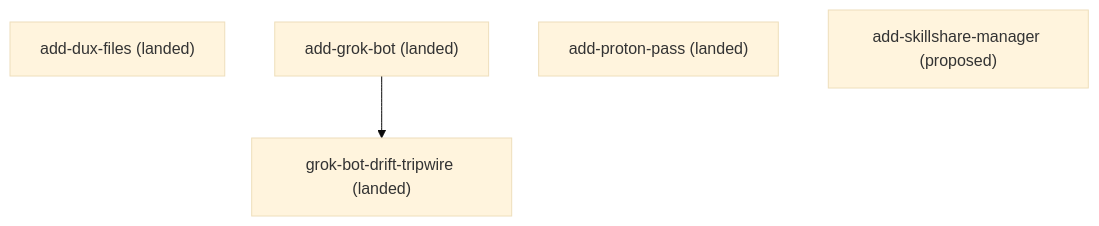
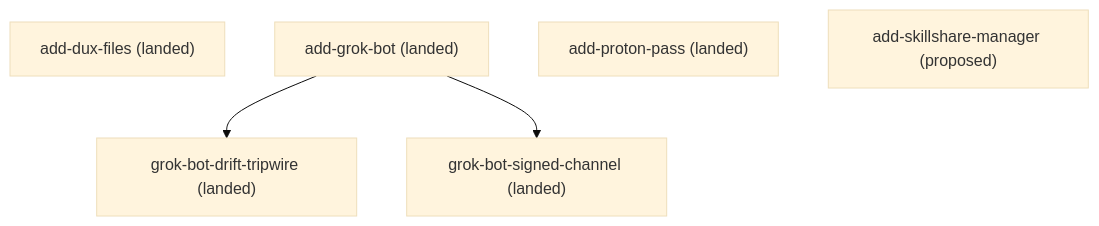
Before and after one commit to kli66/something-terrible: the diagram in docs/roadmap.md, drawn with Mermaid (base theme). The commit also changed other lines of this file and 5 other files, not shown here.

First line of the commit message:
feat: install grok-bot from the signed vendor repo

````diff
--- a/docs/roadmap.md
+++ b/docs/roadmap.md
@@ -25,9 +26,11 @@
 ```mermaid
 flowchart TD
     add_dux_files["add-dux-files (landed)"]
     add_grok_bot["add-grok-bot (landed)"]
     add_proton_pass["add-proton-pass (landed)"]
     add_skillshare_manager["add-skillshare-manager (proposed)"]
     grok_bot_drift_tripwire["grok-bot-drift-tripwire (landed)"]
+    grok_bot_signed_channel["grok-bot-signed-channel (landed)"]
     add_grok_bot --> grok_bot_drift_tripwire
+    add_grok_bot --> grok_bot_signed_channel
 ```
````
